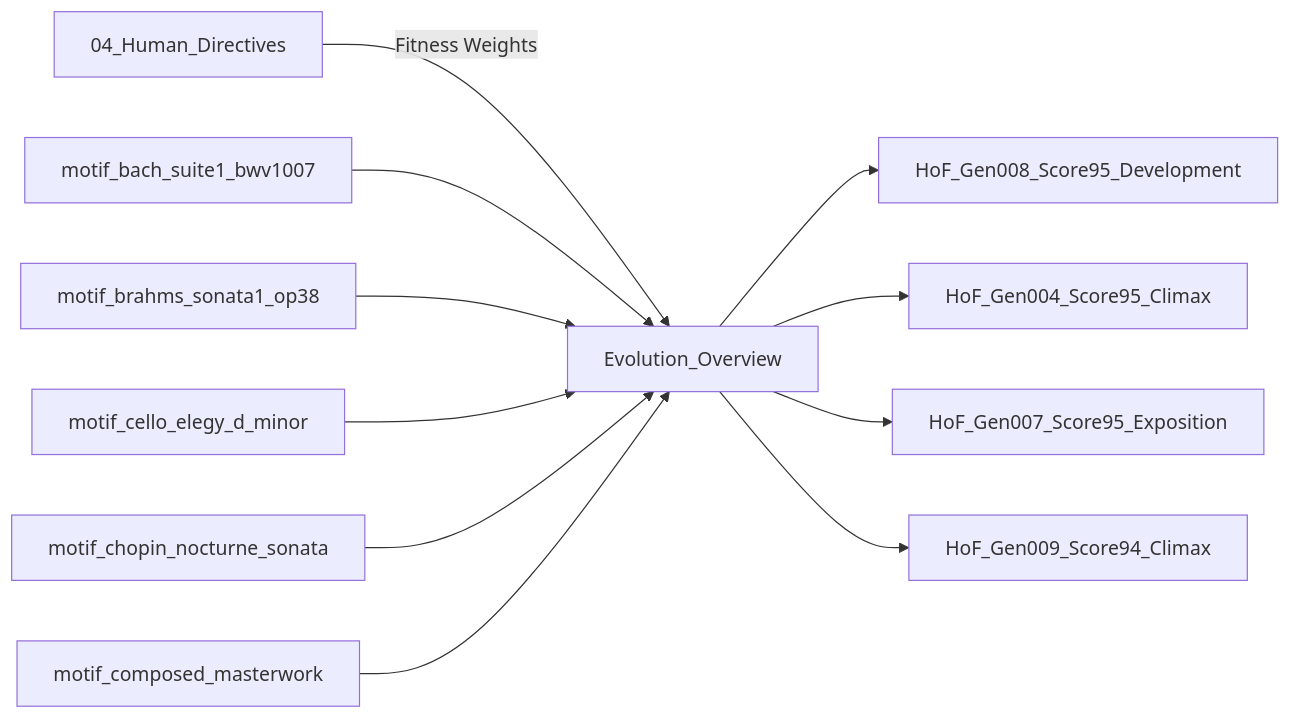
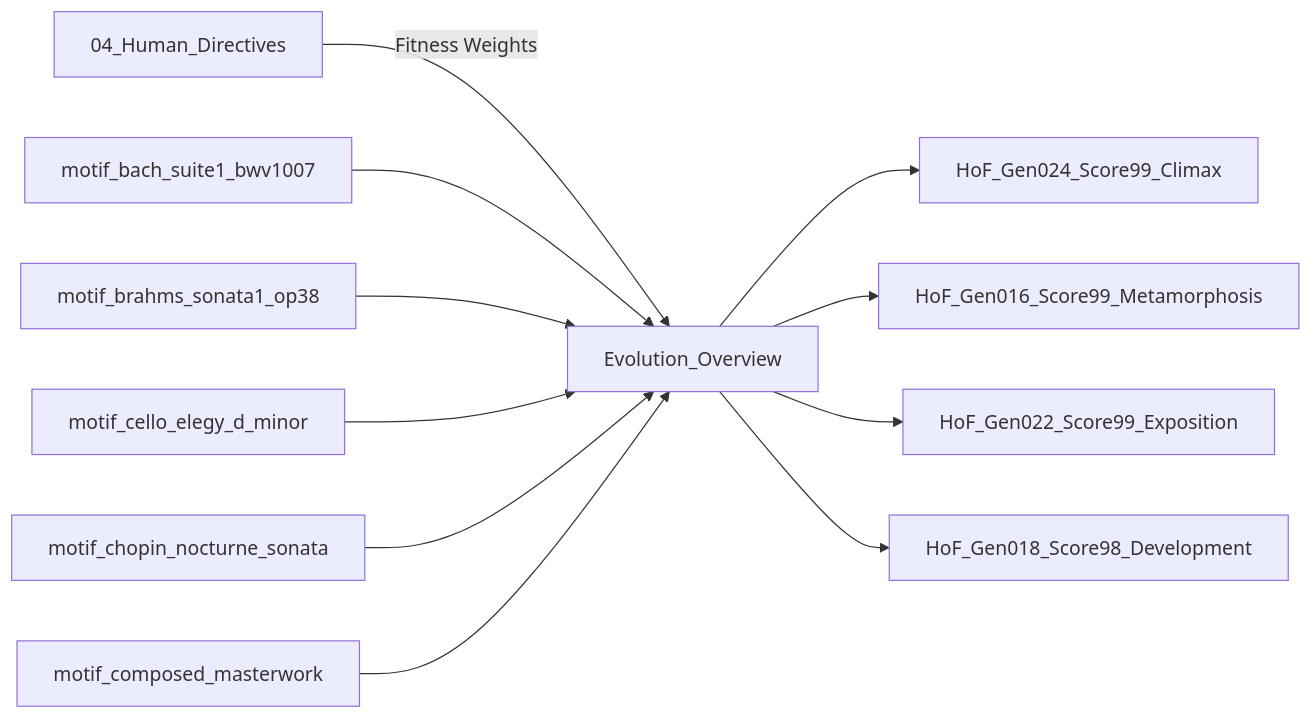
Before and after one commit to AI-Avalon/Disklavier-Auto: the second of 2 diagrams in obsidian_vault/00_Dashboard/Evolution_Overview.md, drawn with Mermaid. The commit also changed other lines of this file and 36 other files, not shown here.

````diff
--- a/obsidian_vault/00_Dashboard/Evolution_Overview.md
+++ b/obsidian_vault/00_Dashboard/Evolution_Overview.md
@@ -42,13 +43,13 @@
 ```mermaid
 flowchart LR
     D["04_Human_Directives"] -->|"Fitness Weights"| O["Evolution_Overview"]
     motif_bach_suite1_bwv1007["motif_bach_suite1_bwv1007"] --> O
     motif_brahms_sonata1_op38["motif_brahms_sonata1_op38"] --> O
     motif_cello_elegy_d_minor["motif_cello_elegy_d_minor"] --> O
     motif_chopin_nocturne_sonata["motif_chopin_nocturne_sonata"] --> O
     motif_composed_masterwork["motif_composed_masterwork"] --> O
-    O --> HoF_Gen008_Score95_Development["HoF_Gen008_Score95_Development"]
-    O --> HoF_Gen004_Score95_Climax["HoF_Gen004_Score95_Climax"]
-    O --> HoF_Gen007_Score95_Exposition["HoF_Gen007_Score95_Exposition"]
-    O --> HoF_Gen009_Score94_Climax["HoF_Gen009_Score94_Climax"]
+    O --> HoF_Gen024_Score99_Climax["HoF_Gen024_Score99_Climax"]
+    O --> HoF_Gen016_Score99_Metamorphosis["HoF_Gen016_Score99_Metamorphosis"]
+    O --> HoF_Gen022_Score99_Exposition["HoF_Gen022_Score99_Exposition"]
+    O --> HoF_Gen018_Score98_Development["HoF_Gen018_Score98_Development"]
 ```
````
